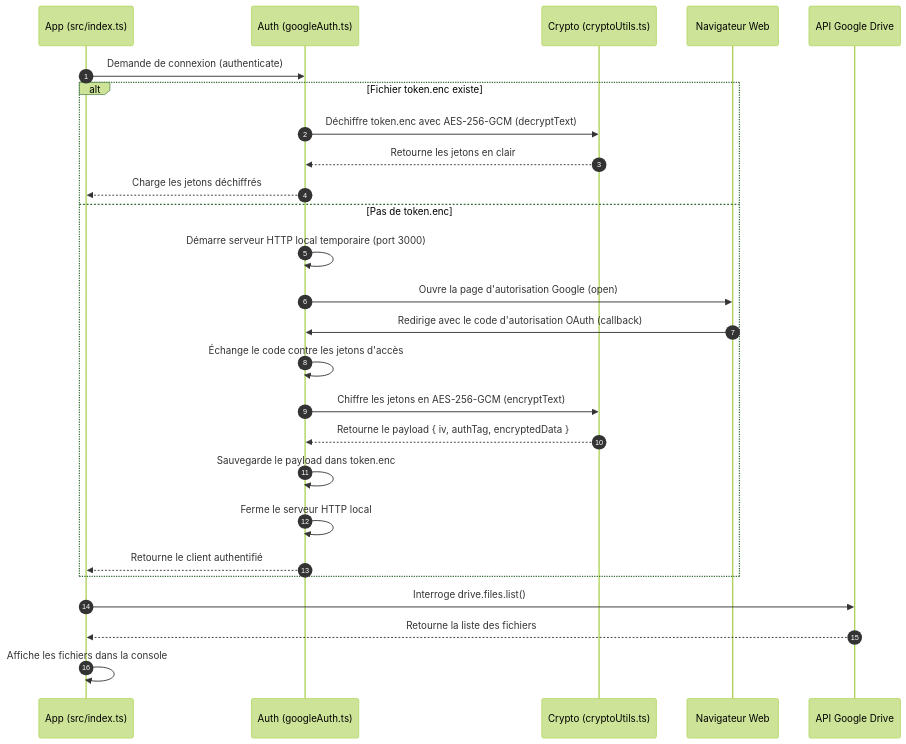
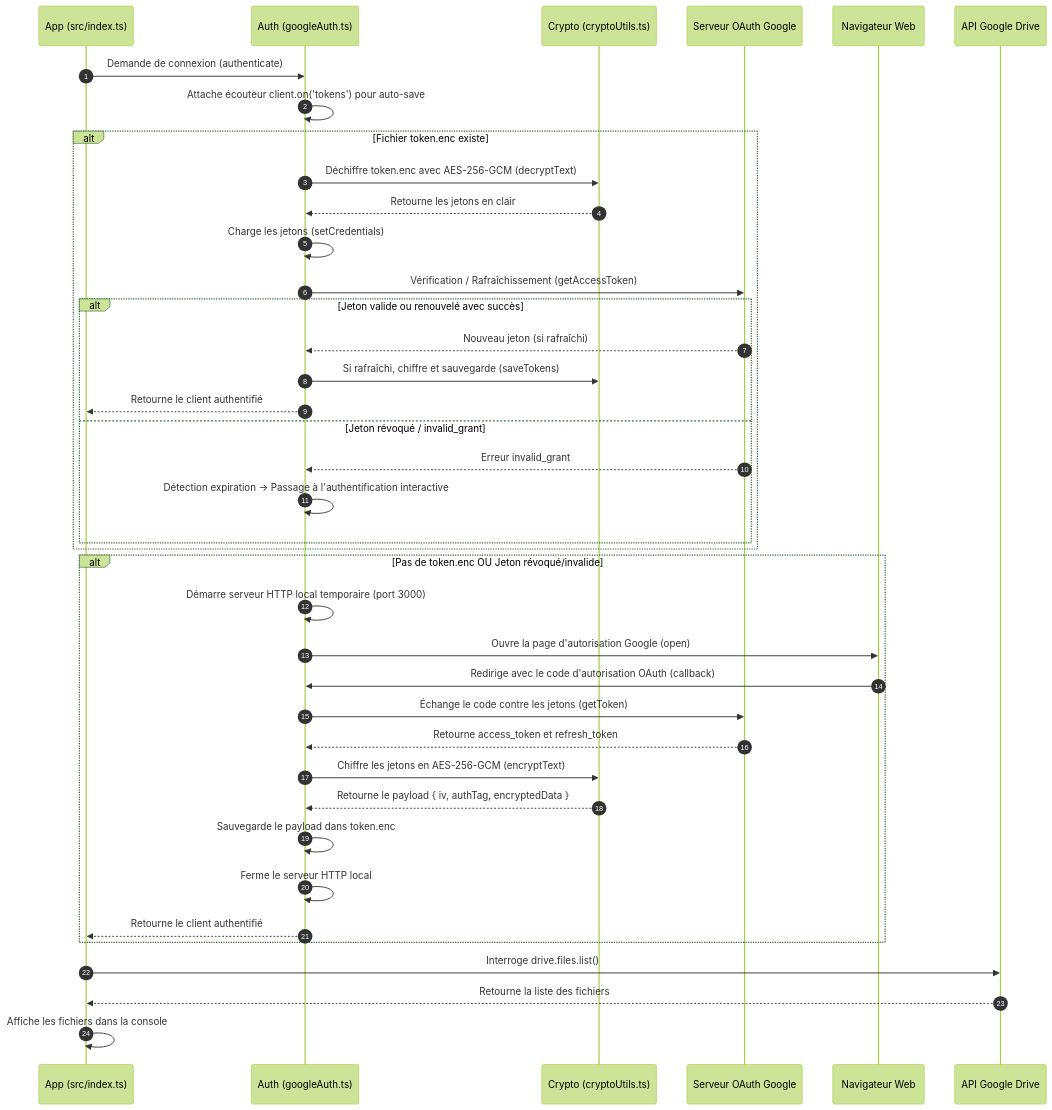
One commit to MaxenceLAURENCE/cloud-my-save changed the diagram in explication.md. Above: the diagram before and after it, drawn with Mermaid (forest theme). The commit also changed other lines of this file and 1 other file, not shown here.

Commit message:
feat: ajout du renouvellement du token expirer

````diff
--- a/explication.md
+++ b/explication.md
@@ -130,29 +133,42 @@
 ```mermaid
 sequenceDiagram
     autonumber
     participant App as App (src/index.ts)
     participant Auth as Auth (googleAuth.ts)
     participant Crypto as Crypto (cryptoUtils.ts)
+    participant GoogleAuth as Serveur OAuth Google
     participant Browser as Navigateur Web
     participant Drive as API Google Drive
 
     App->>Auth: Demande de connexion (authenticate)
+    Auth->>Auth: Attache écouteur client.on('tokens') pour auto-save
     alt Fichier token.enc existe
         Auth->>Crypto: Déchiffre token.enc avec AES-256-GCM (decryptText)
         Crypto-->>Auth: Retourne les jetons en clair
-        Auth-->>App: Charge les jetons déchiffrés
-    else Pas de token.enc
+        Auth->>Auth: Charge les jetons (setCredentials)
+        Auth->>GoogleAuth: Vérification / Rafraîchissement (getAccessToken)
+        alt Jeton valide ou renouvelé avec succès
+            GoogleAuth-->>Auth: Nouveau jeton (si rafraîchi)
+            Auth->>Crypto: Si rafraîchi, chiffre et sauvegarde (saveTokens)
+            Auth-->>App: Retourne le client authentifié
+        else Jeton révoqué / invalid_grant
+            GoogleAuth-->>Auth: Erreur invalid_grant
+            Auth->>Auth: Détection expiration -> Passage à l'authentification interactive
+        end
+    end
+    alt Pas de token.enc OU Jeton révoqué/invalide
         Auth->>Auth: Démarre serveur HTTP local temporaire (port 3000)
         Auth->>Browser: Ouvre la page d'autorisation Google (open)
         Browser->>Auth: Redirige avec le code d'autorisation OAuth (callback)
-        Auth->>Auth: Échange le code contre les jetons d'accès
+        Auth->>GoogleAuth: Échange le code contre les jetons (getToken)
+        GoogleAuth-->>Auth: Retourne access_token et refresh_token
         Auth->>Crypto: Chiffre les jetons en AES-256-GCM (encryptText)
         Crypto-->>Auth: Retourne le payload { iv, authTag, encryptedData }
         Auth->>Auth: Sauvegarde le payload dans token.enc
         Auth->>Auth: Ferme le serveur HTTP local
         Auth-->>App: Retourne le client authentifié
     end
     App->>Drive: Interroge drive.files.list()
     Drive-->>App: Retourne la liste des fichiers
     App->>App: Affiche les fichiers dans la console
 ```
````
